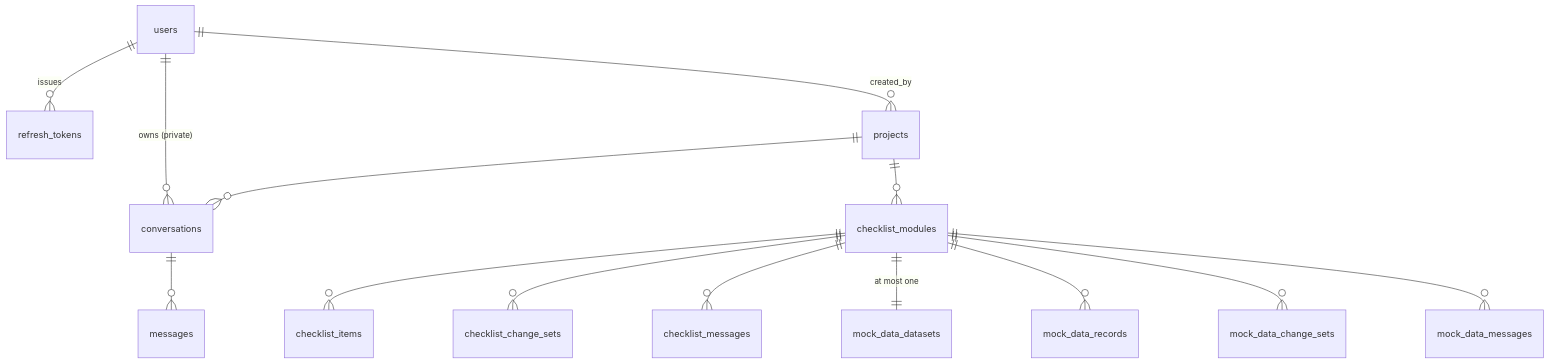
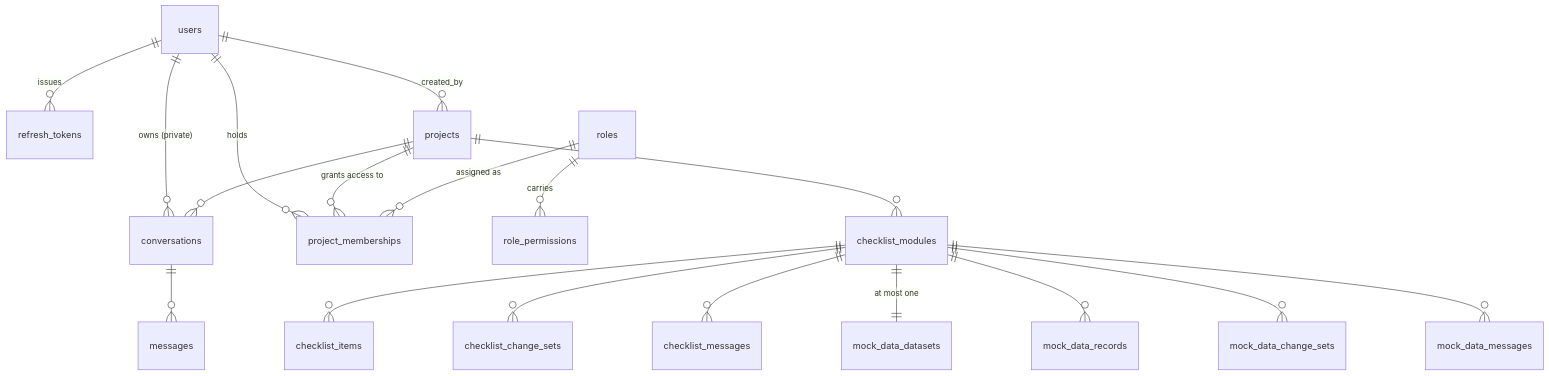
The first of 2 diagrams in docs/data.md (aolus-software/ask-repo), drawn with Mermaid before and after one commit. The commit also changed other lines of this file and 14 other files, not shown here.

````diff
--- a/docs/data.md
+++ b/docs/data.md
@@ -32,16 +34,20 @@
 ```mermaid
 erDiagram
     users ||--o{ refresh_tokens : "issues"
     users ||--o{ projects : "created_by"
     users ||--o{ conversations : "owns (private)"
+    users ||--o{ project_memberships : "holds"
+    projects ||--o{ project_memberships : "grants access to"
+    roles ||--o{ project_memberships : "assigned as"
+    roles ||--o{ role_permissions : "carries"
     projects ||--o{ conversations : ""
     projects ||--o{ checklist_modules : ""
     conversations ||--o{ messages : ""
     checklist_modules ||--o{ checklist_items : ""
     checklist_modules ||--o{ checklist_change_sets : ""
     checklist_modules ||--o{ checklist_messages : ""
     checklist_modules ||--|| mock_data_datasets : "at most one"
     checklist_modules ||--o{ mock_data_records : ""
     checklist_modules ||--o{ mock_data_change_sets : ""
     checklist_modules ||--o{ mock_data_messages : ""
 ```
````
